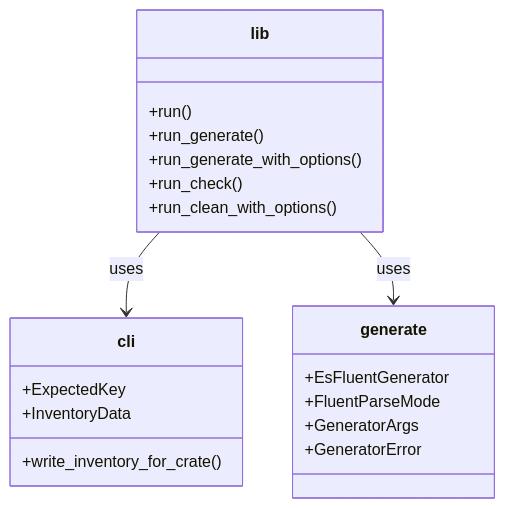
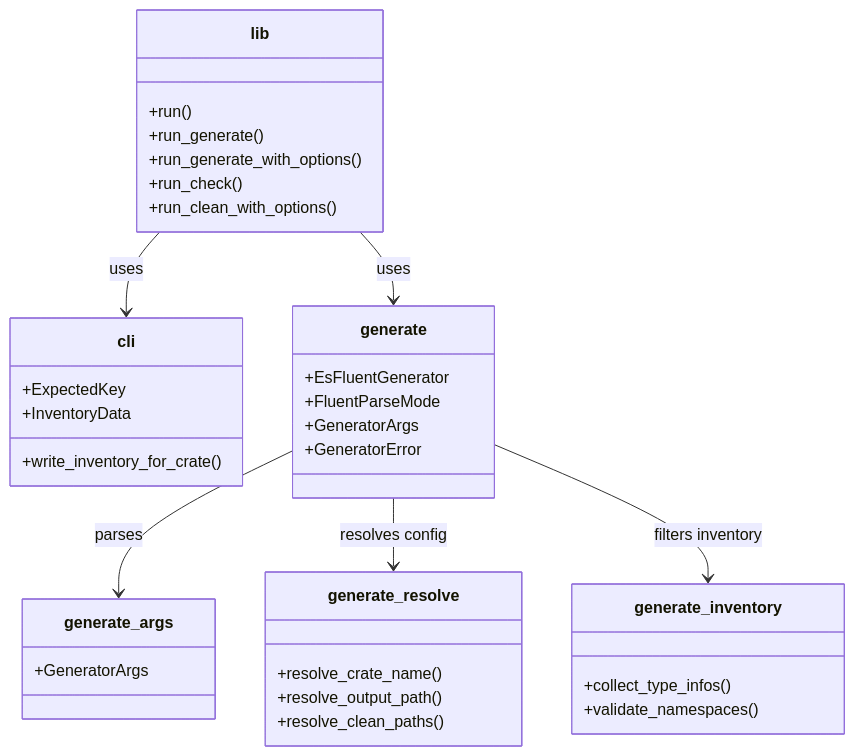
Before and after one commit to stayhydated/es-fluent: the second of 3 diagrams in crates/es-fluent-cli-helpers/docs/ARCHITECTURE.md, drawn with Mermaid. The commit also changed other lines of this file and 138 other files, not shown here.

````diff
--- a/crates/es-fluent-cli-helpers/docs/ARCHITECTURE.md
+++ b/crates/es-fluent-cli-helpers/docs/ARCHITECTURE.md
@@ -43,26 +48,44 @@
 ```mermaid
 classDiagram
     class lib {
         +run()
         +run_generate()
         +run_generate_with_options()
         +run_check()
         +run_clean_with_options()
     }
 
     class cli {
         +ExpectedKey
         +InventoryData
         +write_inventory_for_crate()
     }
 
     class generate {
         +EsFluentGenerator
         +FluentParseMode
         +GeneratorArgs
         +GeneratorError
     }
 
+    class generate_args {
+        +GeneratorArgs
+    }
+
+    class generate_resolve {
+        +resolve_crate_name()
+        +resolve_output_path()
+        +resolve_clean_paths()
+    }
+
+    class generate_inventory {
+        +collect_type_infos()
+        +validate_namespaces()
+    }
+
     lib --> cli : uses
     lib --> generate : uses
+    generate --> generate_args : parses
+    generate --> generate_resolve : resolves config
+    generate --> generate_inventory : filters inventory
 ```
````
